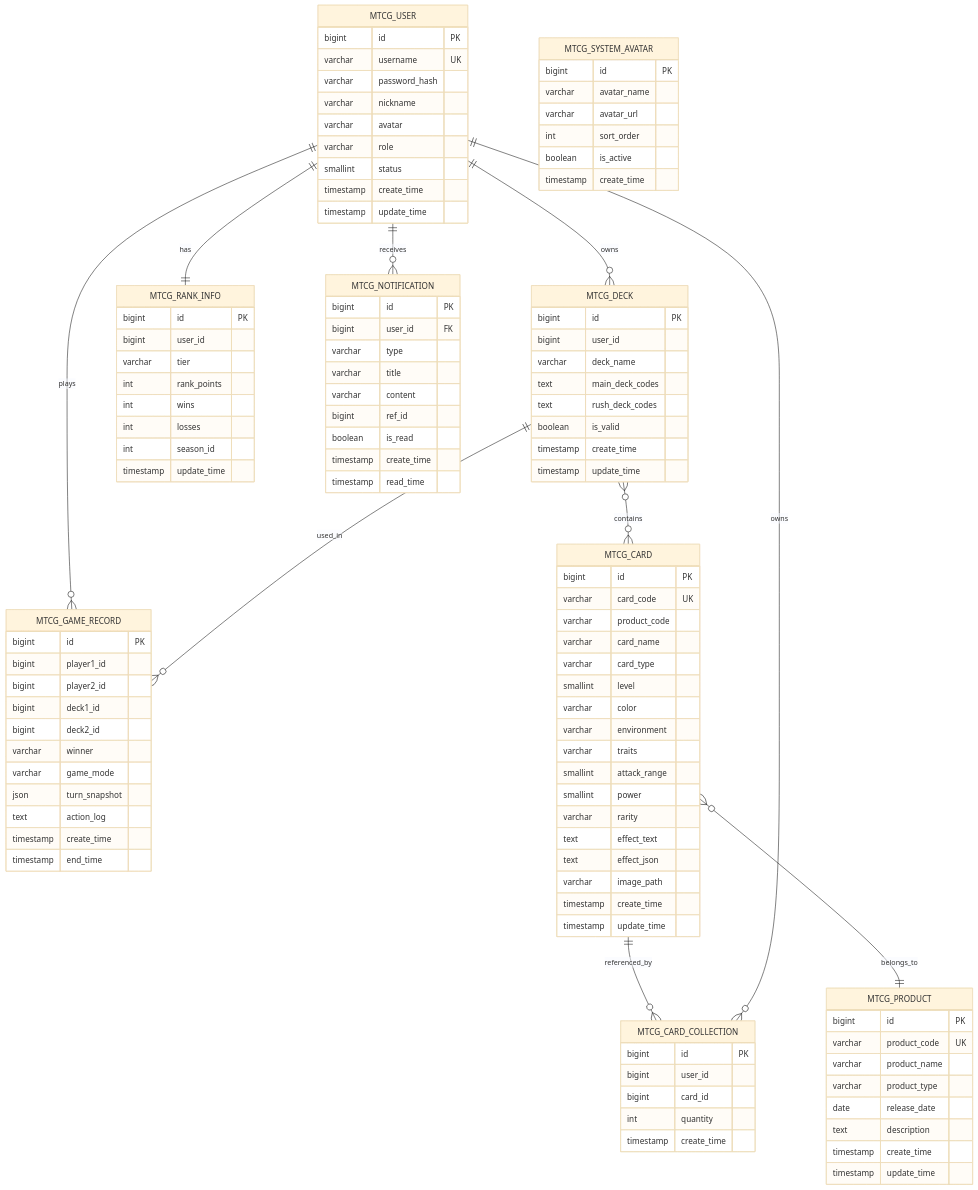
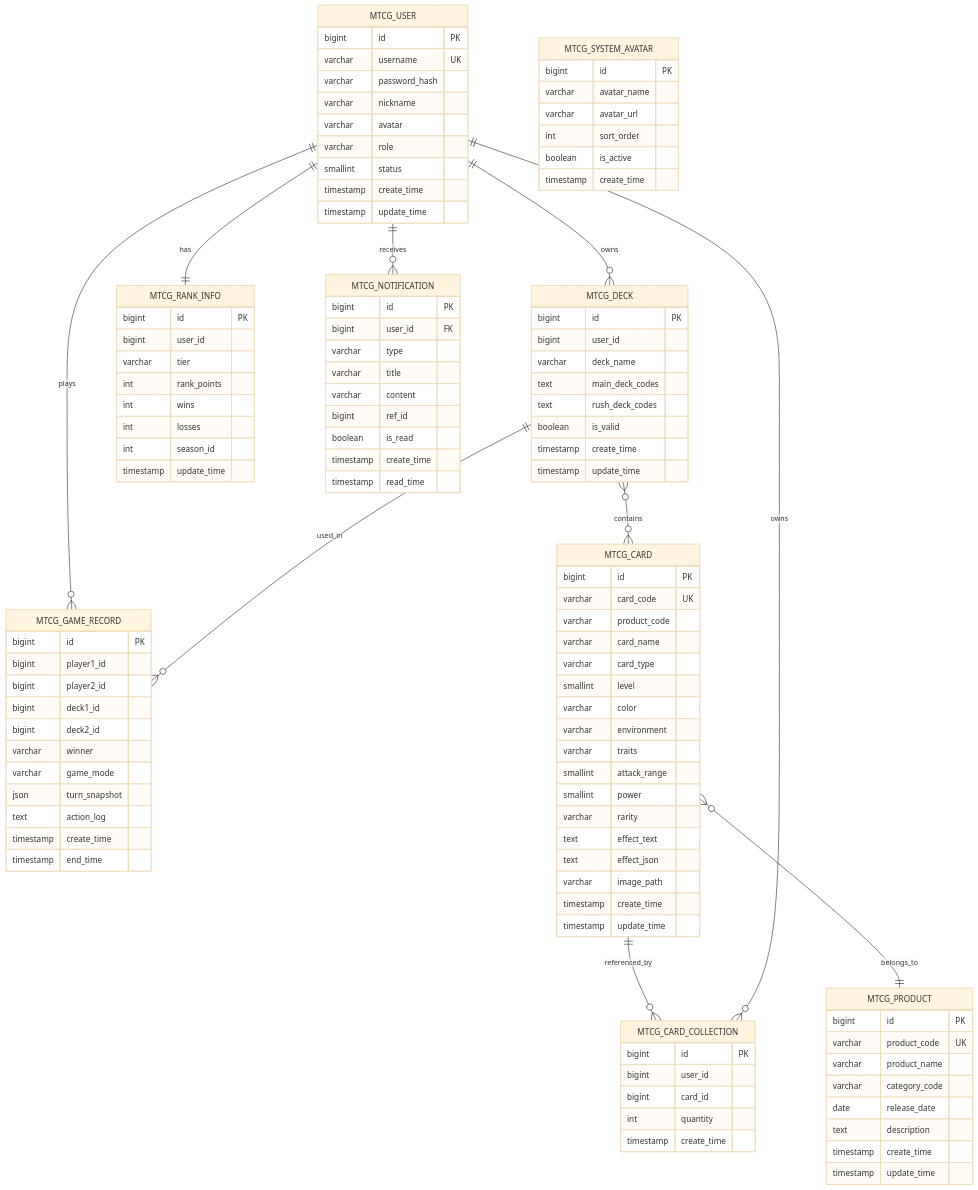
Before and after one commit to yuJunOk/mtcg: the first of 3 diagrams in docs/设计文档/02-概要设计.md, drawn with Mermaid (base theme). The commit also changed other lines of this file and 15 other files, not shown here.

```diff
--- a/docs/设计文档/02-概要设计.md
+++ b/docs/设计文档/02-概要设计.md
@@ -211,7 +211,7 @@
         bigint id PK
         varchar product_code UK
         varchar product_name
-        varchar product_type
+        varchar category_code
         date release_date
         text description
         timestamp create_time
```
